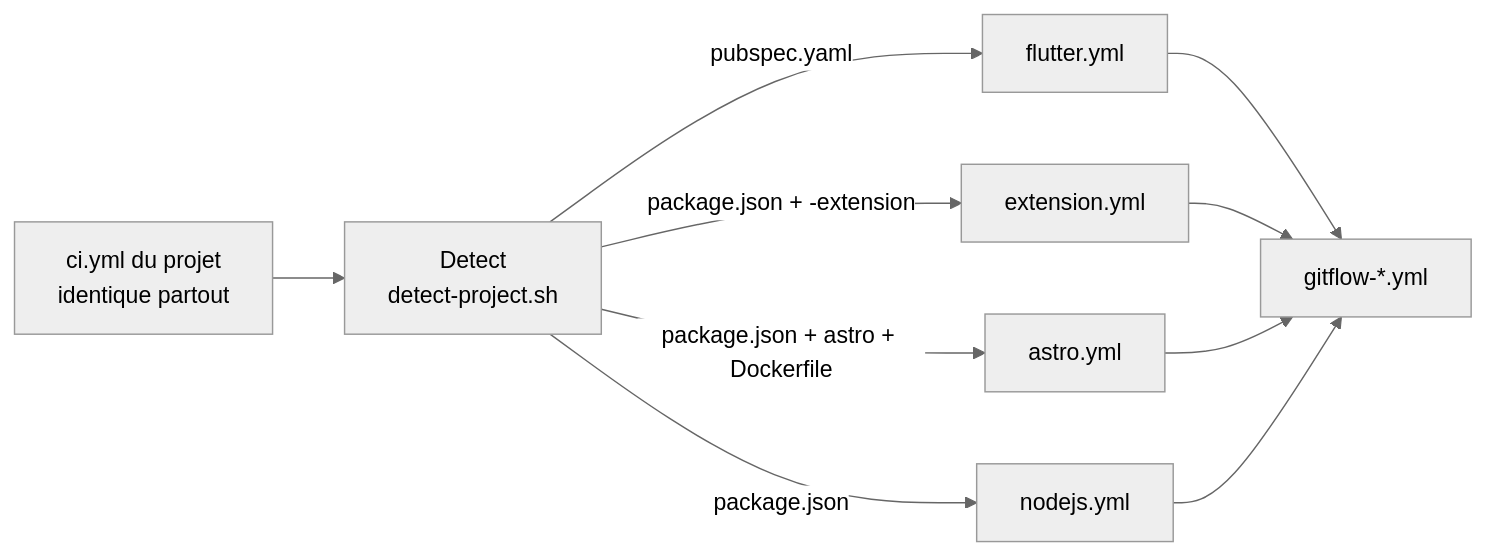
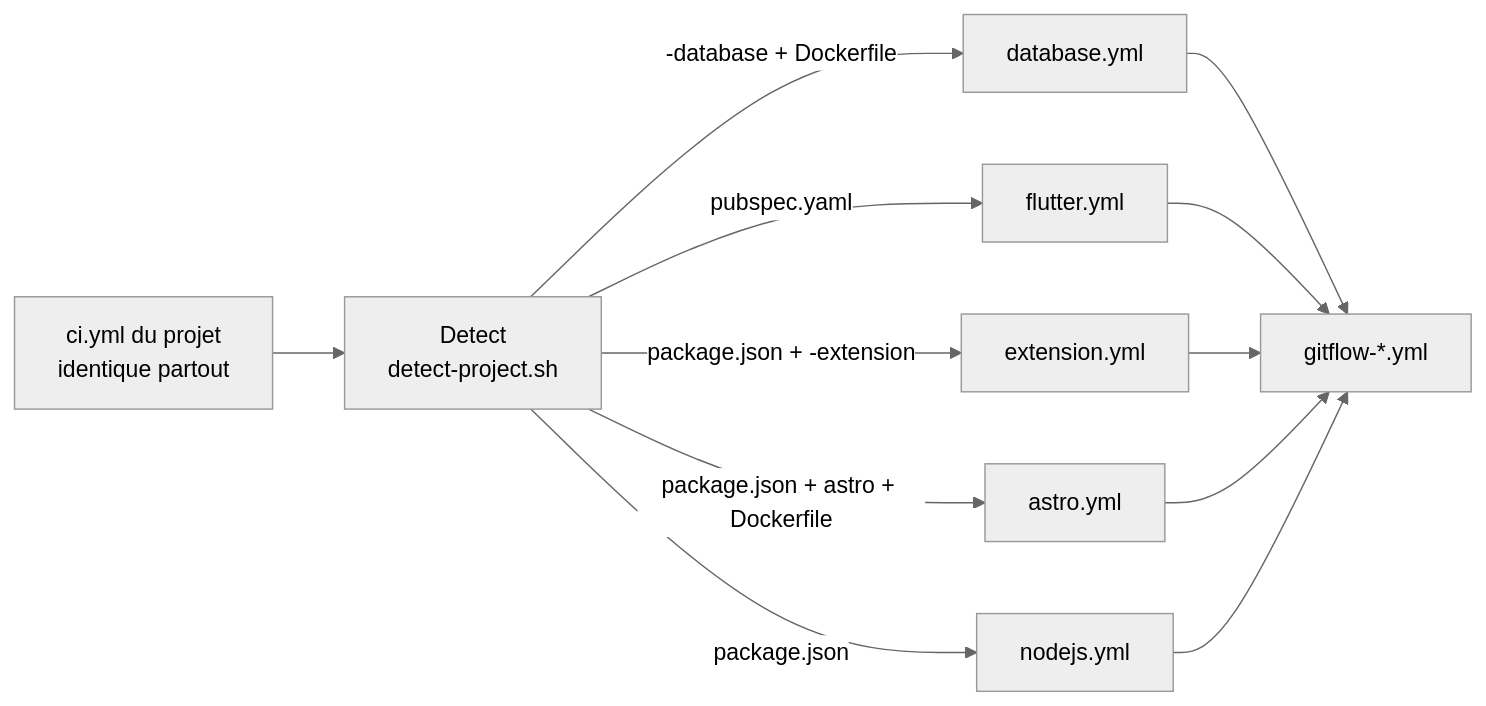
One commit to FloRobart/github-ci changed the diagram in auto/README.md. Above: the diagram before and after it, drawn with Mermaid (neutral theme). The commit also changed other lines of this file and 9 other files, not shown here.

````diff
--- a/auto/README.md
+++ b/auto/README.md
@@ -5,9 +5,10 @@
 ```mermaid
 flowchart LR
     project["ci.yml du projet<br/>identique partout"] --> detect["Detect<br/>detect-project.sh"]
+    detect -- "-database + Dockerfile" --> database["database.yml"]
     detect -- "pubspec.yaml" --> flutter["flutter.yml"]
     detect -- "package.json + -extension" --> extension["extension.yml"]
     detect -- "package.json + astro + Dockerfile" --> astro["astro.yml"]
     detect -- "package.json" --> nodejs["nodejs.yml"]
-    flutter & extension & astro & nodejs --> gitflow["gitflow-*.yml"]
+    database & flutter & extension & astro & nodejs --> gitflow["gitflow-*.yml"]
 ```
````
